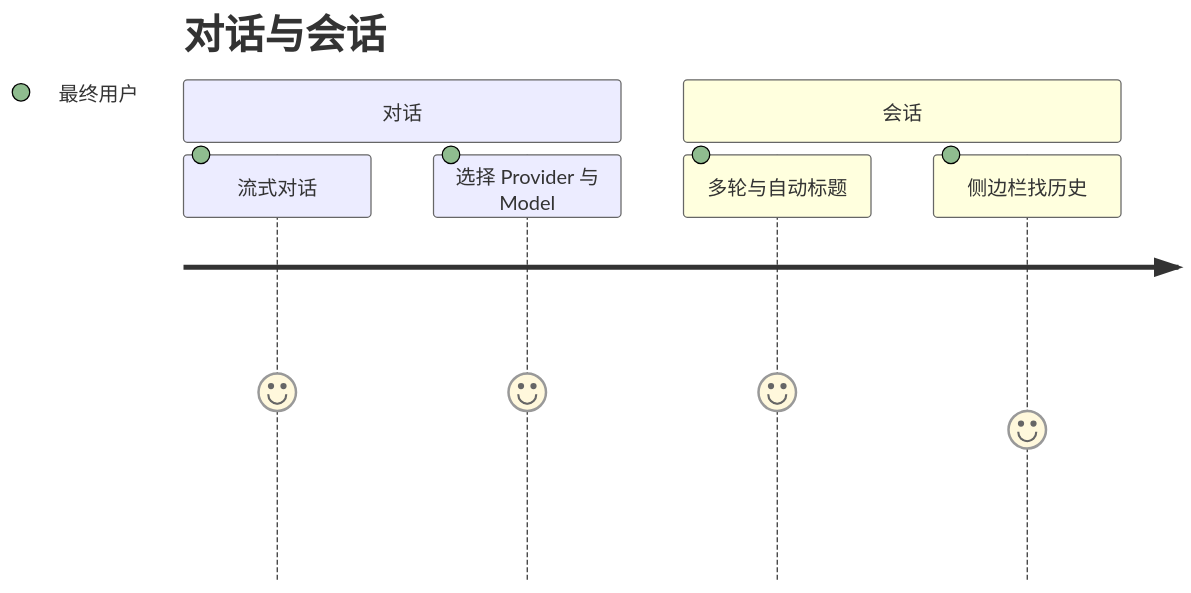
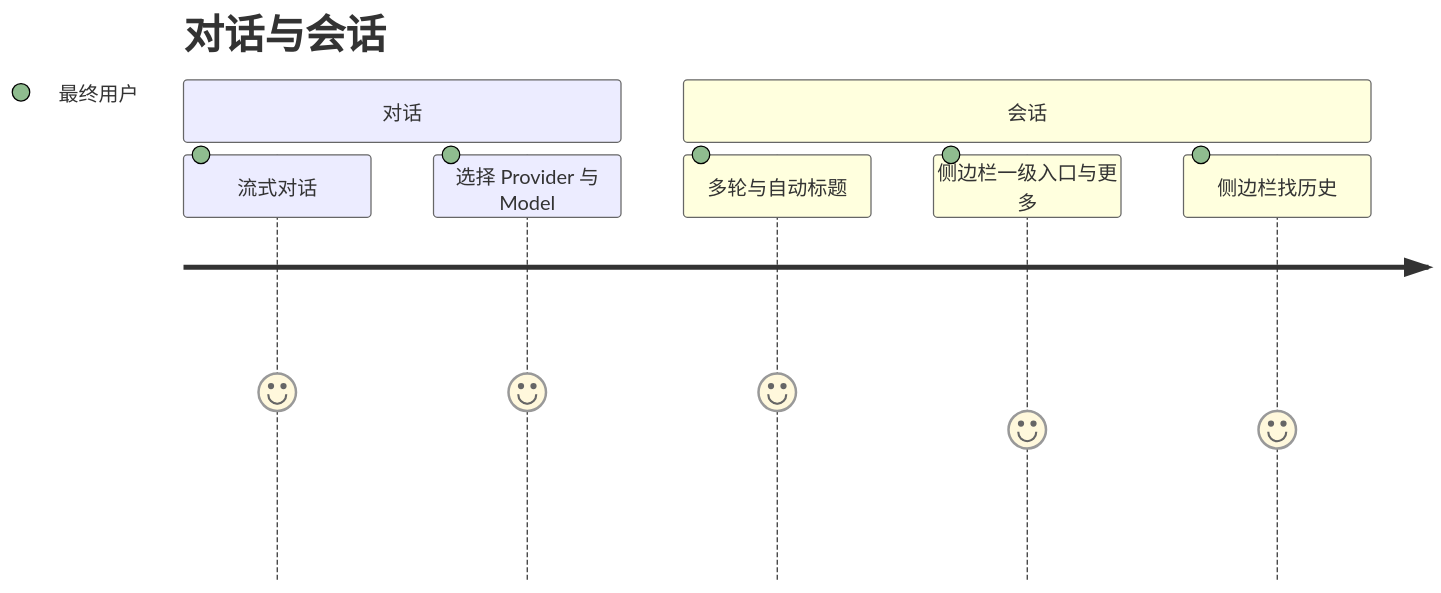
Before and after one commit to felixzhu97/explore-ai: the first of 4 diagrams in docs/product-owner/User-Story-Map.md, drawn with Mermaid. The commit also changed 25 other files, not shown here.

````diff
--- a/docs/product-owner/User-Story-Map.md
+++ b/docs/product-owner/User-Story-Map.md
@@ -26,10 +26,11 @@
 ```mermaid
 journey
     title 对话与会话
     section 对话
         流式对话: 5: 最终用户
         选择 Provider 与 Model: 5: 最终用户
     section 会话
         多轮与自动标题: 5: 最终用户
+        侧边栏一级入口与更多: 4: 最终用户
         侧边栏找历史: 4: 最终用户
 ```
````
